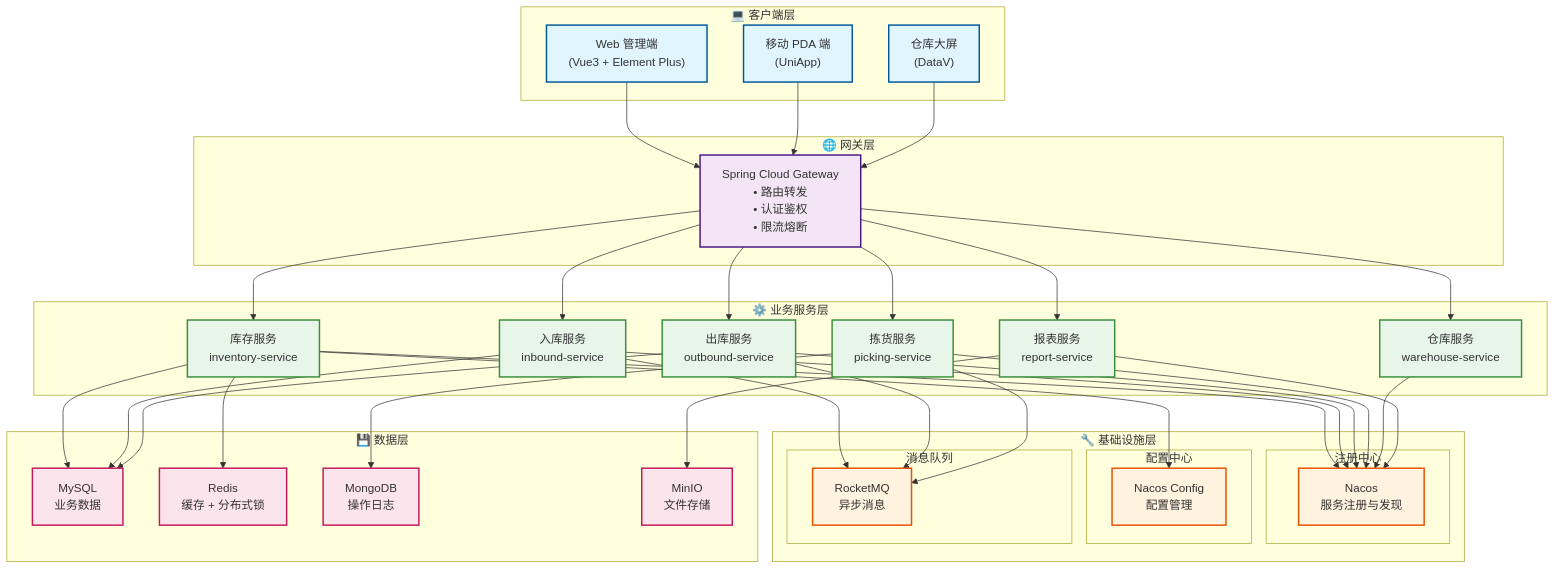
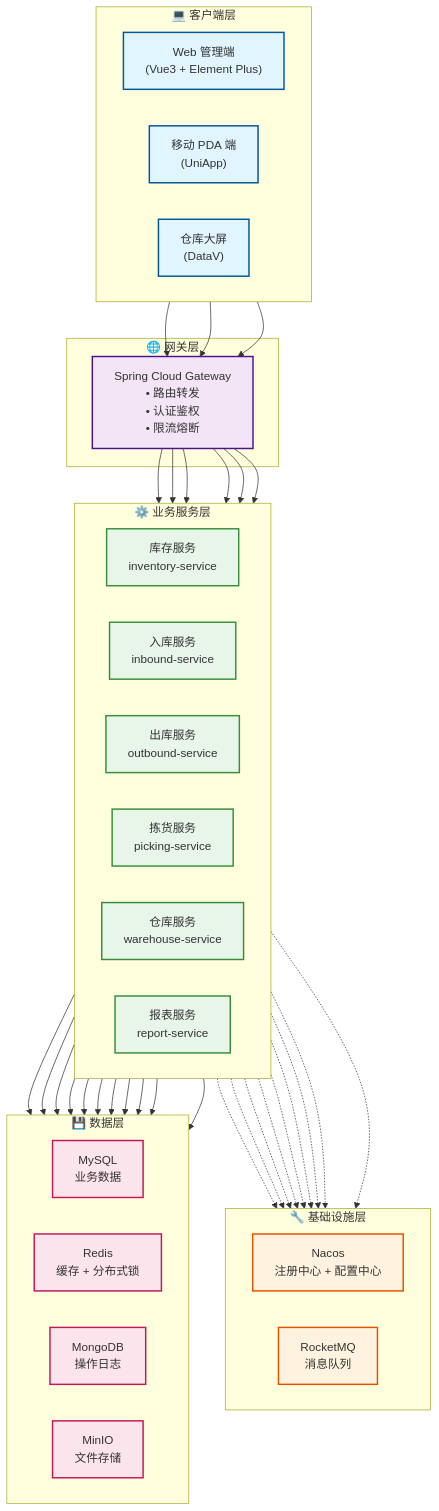
The first of 16 diagrams in docs/projectDesign/wms-system-design.mdx (laby-umr/laby-umr.github.io), drawn with Mermaid before and after one commit. The commit also changed other lines of this file and 64 other files, not shown here.

````diff
--- a/docs/projectDesign/wms-system-design.mdx
+++ b/docs/projectDesign/wms-system-design.mdx
@@ -85,16 +85,21 @@
 ```mermaid
 graph TB
+    %% 客户端层
     subgraph Client["💻 客户端层"]
+        direction LR
         Web["Web 管理端<br/>(Vue3 + Element Plus)"]
         Mobile["移动 PDA 端<br/>(UniApp)"]
         WMS_Screen["仓库大屏<br/>(DataV)"]
     end
 
+    %% 网关层
     subgraph Gateway["🌐 网关层"]
         SpringGW["Spring Cloud Gateway<br/>• 路由转发<br/>• 认证鉴权<br/>• 限流熔断"]
     end
 
+    %% 业务服务层
     subgraph Business["⚙️ 业务服务层"]
+        direction LR
         Inventory["库存服务<br/>inventory-service"]
         Inbound["入库服务<br/>inbound-service"]
         Outbound["出库服务<br/>outbound-service"]
@@ -103,32 +108,28 @@
         Report["报表服务<br/>report-service"]
     end
 
+    %% 基础设施层
     subgraph Infrastructure["🔧 基础设施层"]
-        subgraph Registry["注册中心"]
-            Nacos["Nacos<br/>服务注册与发现"]
-        end
-        
-        subgraph Config["配置中心"]
-            NacosConfig["Nacos Config<br/>配置管理"]
-        end
-        
-        subgraph Message["消息队列"]
-            RocketMQ["RocketMQ<br/>异步消息"]
-        end
+        direction LR
+        Nacos["Nacos<br/>注册中心 + 配置中心"]
+        RocketMQ["RocketMQ<br/>消息队列"]
     end
 
+    %% 数据层
     subgraph Data["💾 数据层"]
+        direction LR
         MySQL["MySQL<br/>业务数据"]
         Redis["Redis<br/>缓存 + 分布式锁"]
         MongoDB["MongoDB<br/>操作日志"]
         MinIO["MinIO<br/>文件存储"]
     end
 
-    %% 连接关系
+    %% 客户端到网关的连接
     Web --> SpringGW
     Mobile --> SpringGW
     WMS_Screen --> SpringGW
     
+    %% 网关到业务服务的连接
     SpringGW --> Inventory
     SpringGW --> Inbound
     SpringGW --> Outbound
@@ -136,23 +137,34 @@
     SpringGW --> Warehouse
     SpringGW --> Report
     
-    Inventory --> Nacos
-    Inbound --> Nacos
-    Outbound --> Nacos
-    Picking --> Nacos
-    Warehouse --> Nacos
-    Report --> Nacos
+    %% 业务服务到基础设施的连接（统一向下）
+    Inventory -.-> Nacos
+    Inbound -.-> Nacos
+    Outbound -.-> Nacos
+    Picking -.-> Nacos
+    Warehouse -.-> Nacos
+    Report -.-> Nacos
     
-    Inventory --> NacosConfig
-    Inbound --> RocketMQ
-    Outbound --> RocketMQ
-    Picking --> RocketMQ
+    Inbound -.-> RocketMQ
+    Outbound -.-> RocketMQ
+    Picking -.-> RocketMQ
     
+    %% 业务服务到数据层的连接（按服务分组）
     Inventory --> MySQL
     Inventory --> Redis
+    
     Inbound --> MySQL
+    Inbound --> Redis
+    
     Outbound --> MySQL
+    Outbound --> Redis
+    
+    Picking --> MySQL
     Picking --> MongoDB
+    
+    Warehouse --> MySQL
+    
+    Report --> MySQL
     Report --> MinIO
 
     %% 样式定义
@@ -165,6 +177,6 @@
     class Web,Mobile,WMS_Screen clientStyle
     class SpringGW gatewayStyle
     class Inventory,Inbound,Outbound,Picking,Warehouse,Report serviceStyle
-    class Nacos,NacosConfig,RocketMQ infraStyle
+    class Nacos,RocketMQ infraStyle
     class MySQL,Redis,MongoDB,MinIO dataStyle
 ```
````
